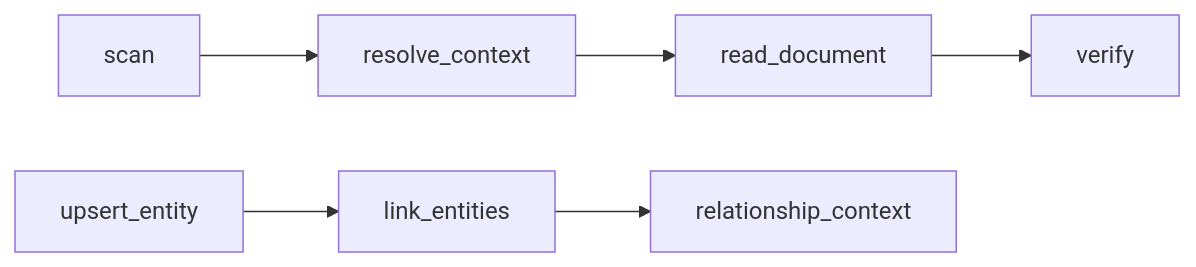
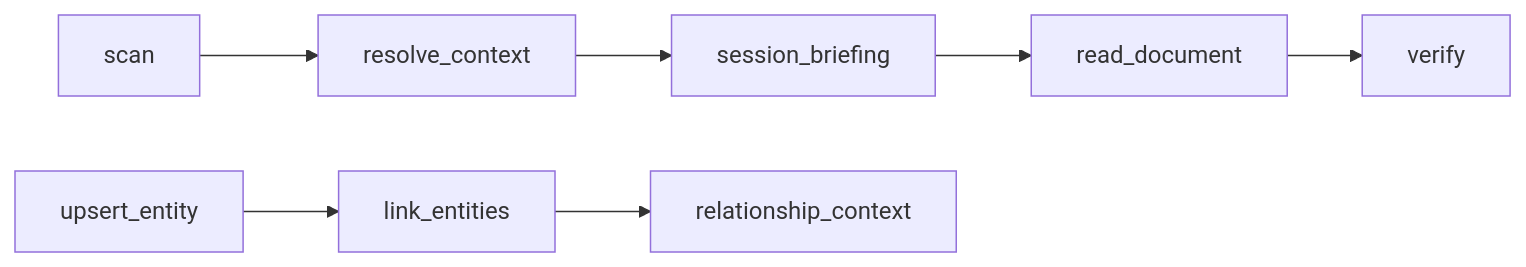
The second of 2 diagrams in README.md (Maykbiletti/AgentSpine), drawn with Mermaid before and after one commit. The commit also changed other lines of this file and 19 other files, not shown here.

````diff
--- a/README.md
+++ b/README.md
@@ -171,8 +174,9 @@
 ```mermaid
 flowchart LR
     S["scan"] --> R["resolve_context"]
-    R --> Q["read_document"]
+    R --> B["session_briefing"]
+    B --> Q["read_document"]
     Q --> V["verify"]
     E["upsert_entity"] --> L["link_entities"]
     L --> C["relationship_context"]
 ```
````
